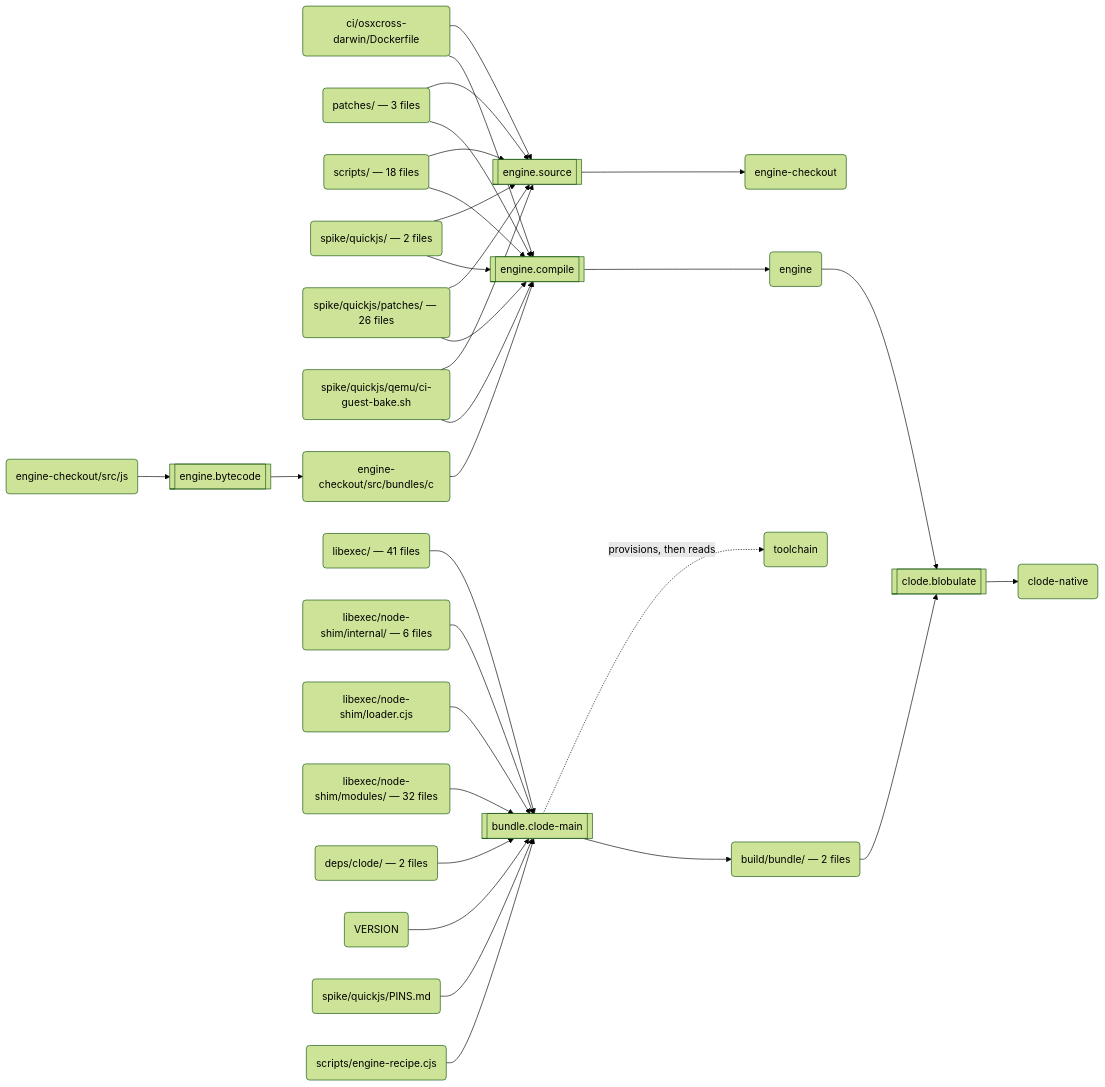
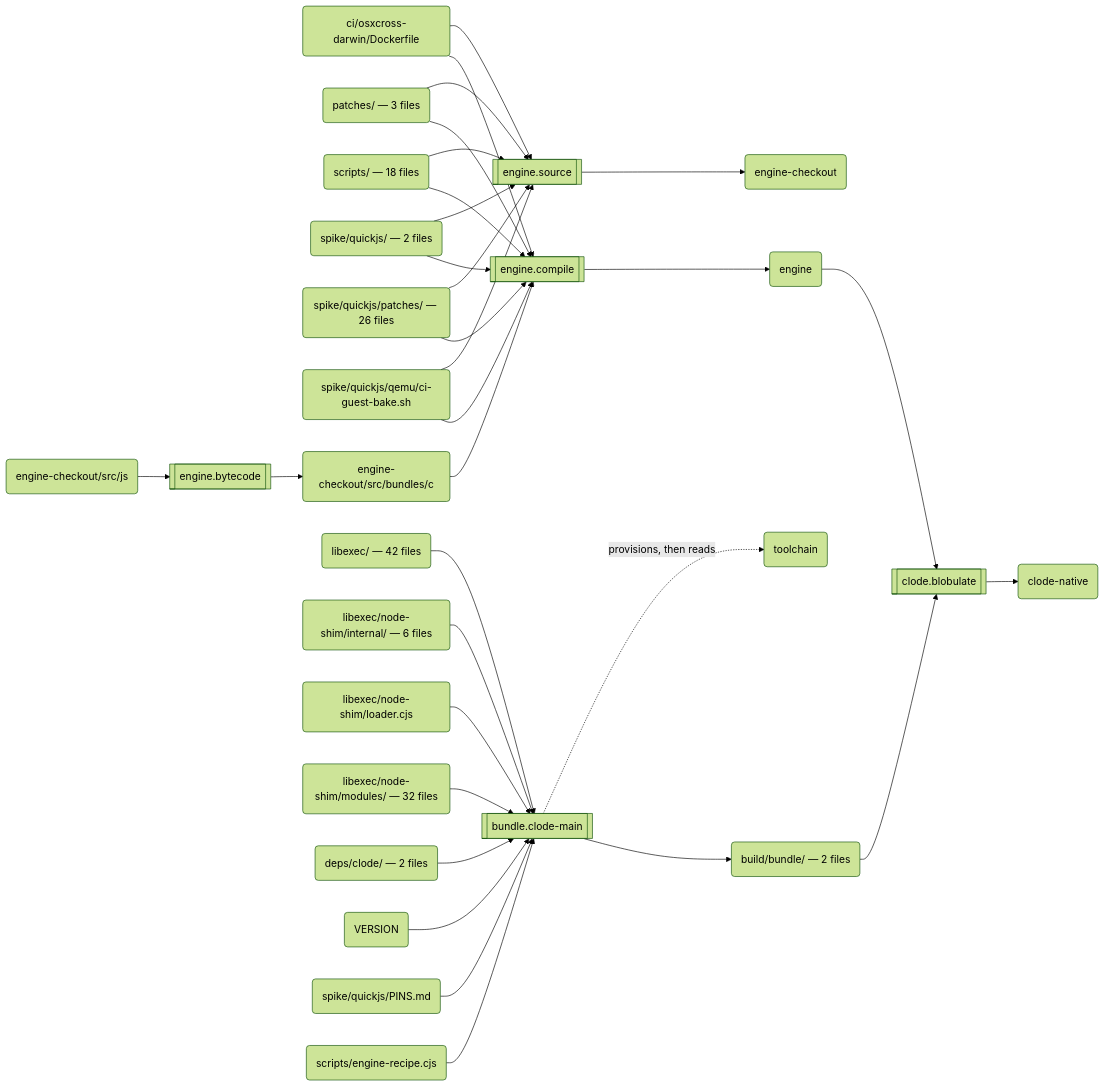
One commit to schmonz/clode changed the second of 3 diagrams in docs/build.md. Above: the diagram before and after it, drawn with Mermaid (forest theme).

Commit message:
docs(build): the build graph counts libexec/rg-regex.cjs
The generated build page lists libexec/ as 42 files now that rg-regex.cjs
(Task 5b) is one; docs-build-page-fresh named it stale in the suite.

Claude-Session: https://claude.ai/code/session_01RQ4P42ytqzezaqSFC8jMjK

````diff
--- a/docs/build.md
+++ b/docs/build.md
@@ -123,59 +123,59 @@
 ```mermaid
 flowchart LR
   s0[["engine.source"]]
   a0("ci/osxcross-darwin/Dockerfile")
   a1("patches/ — 3 files")
   a2("scripts/ — 18 files")
   a3("spike/quickjs/ — 2 files")
   a4("spike/quickjs/patches/ — 26 files")
   a5("spike/quickjs/qemu/ci-guest-bake.sh")
   a6("engine-checkout")
   s1[["engine.bytecode"]]
   a7("engine-checkout/src/js")
   a8("engine-checkout/src/bundles/c")
   s2[["engine.compile"]]
   a9("engine")
   s3[["bundle.clode-main"]]
-  a10("libexec/ — 41 files")
+  a10("libexec/ — 42 files")
   a11("libexec/node-shim/internal/ — 6 files")
   a12("libexec/node-shim/loader.cjs")
   a13("libexec/node-shim/modules/ — 32 files")
   a14("deps/clode/ — 2 files")
   a15("VERSION")
   a16("spike/quickjs/PINS.md")
   a17("scripts/engine-recipe.cjs")
   a18("toolchain")
   a19("build/bundle/ — 2 files")
   s4[["clode.blobulate"]]
   a20("clode-native")
   a0 --> s0
   a1 --> s0
   a2 --> s0
   a3 --> s0
   a4 --> s0
   a5 --> s0
   s0 --> a6
   a7 --> s1
   s1 --> a8
   a8 --> s2
   a0 --> s2
   a1 --> s2
   a2 --> s2
   a3 --> s2
   a4 --> s2
   a5 --> s2
   s2 --> a9
   a10 --> s3
   a11 --> s3
   a12 --> s3
   a13 --> s3
   a14 --> s3
   a15 --> s3
   a16 --> s3
   a17 --> s3
   s3 -.->|"provisions, then reads"| a18
   s3 --> a19
   a9 --> s4
   a19 --> s4
   s4 --> a20
 ```
````
